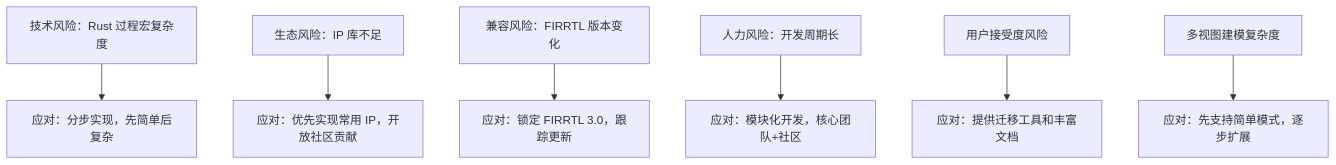
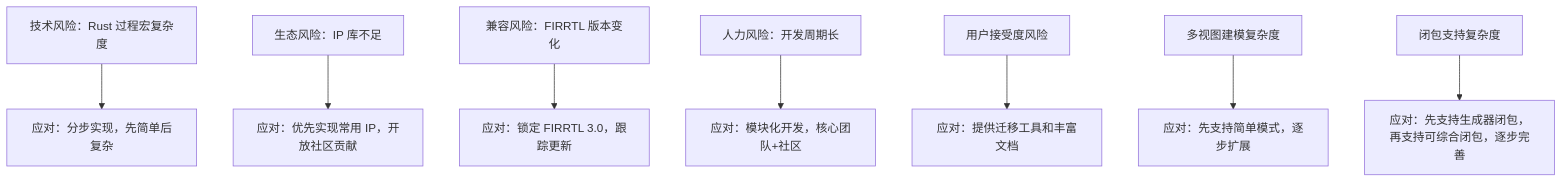
Before and after one commit to TangCan/bitloom: diagram 11 of 11 in docs/requirements/19. 实施路线图.md, drawn with Mermaid. The commit also changed other lines of this file and 17 other files, not shown here.

````diff
--- a/docs/requirements/19. 实施路线图.md
+++ b/docs/requirements/19. 实施路线图.md
@@ -405,10 +340,10 @@
 ```mermaid
 flowchart TD
     R1[技术风险：Rust 过程宏复杂度] --> M1[应对：分步实现，先简单后复杂]
     R2[生态风险：IP 库不足] --> M2[应对：优先实现常用 IP，开放社区贡献]
     R3[兼容风险：FIRRTL 版本变化] --> M3[应对：锁定 FIRRTL 3.0，跟踪更新]
     R4[人力风险：开发周期长] --> M4[应对：模块化开发，核心团队+社区]
     R5[用户接受度风险] --> M5[应对：提供迁移工具和丰富文档]
     R6[多视图建模复杂度] --> M6[应对：先支持简单模式，逐步扩展]
-
+    R7[闭包支持复杂度] --> M7[应对：先支持生成器闭包，再支持可综合闭包，逐步完善]
 ```
````
